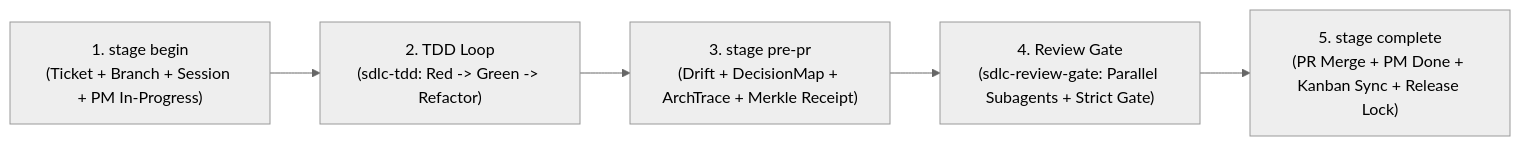
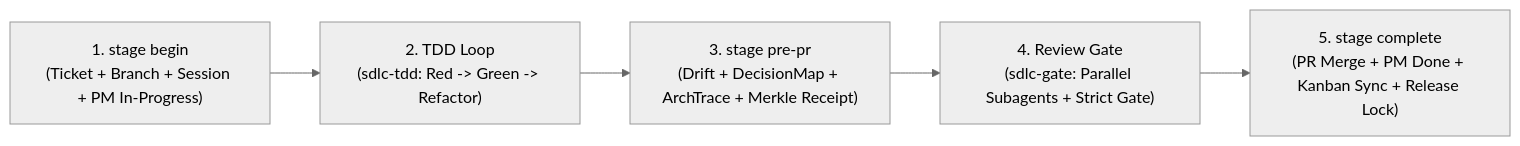
The diagram in .agent/skills/sdlc-flow/SKILL.md (fmatar/sealit), drawn with Mermaid (neutral theme) before and after one commit. The commit also changed other lines of this file and 22 other files, not shown here.

Commit message:
feat(skills): introduce /sdlc router + 8 verb skills and retire sdlc-init/sdlc-review-gate (#81) (#82)

````diff
--- a/.agent/skills/sdlc-flow/SKILL.md
+++ b/.agent/skills/sdlc-flow/SKILL.md
@@ -20,7 +20,7 @@
 ```mermaid
 flowchart LR
     B["1. stage begin\n(Ticket + Branch + Session + PM In-Progress)"] --> T["2. TDD Loop\n(sdlc-tdd: Red -> Green -> Refactor)"]
     T --> P["3. stage pre-pr\n(Drift + DecisionMap + ArchTrace + Merkle Receipt)"]
-    P --> R["4. Review Gate\n(sdlc-review-gate: Parallel Subagents + Strict Gate)"]
+    P --> R["4. Review Gate\n(sdlc-gate: Parallel Subagents + Strict Gate)"]
     R --> C["5. stage complete\n(PR Merge + PM Done + Kanban Sync + Release Lock)"]
 ```
````
